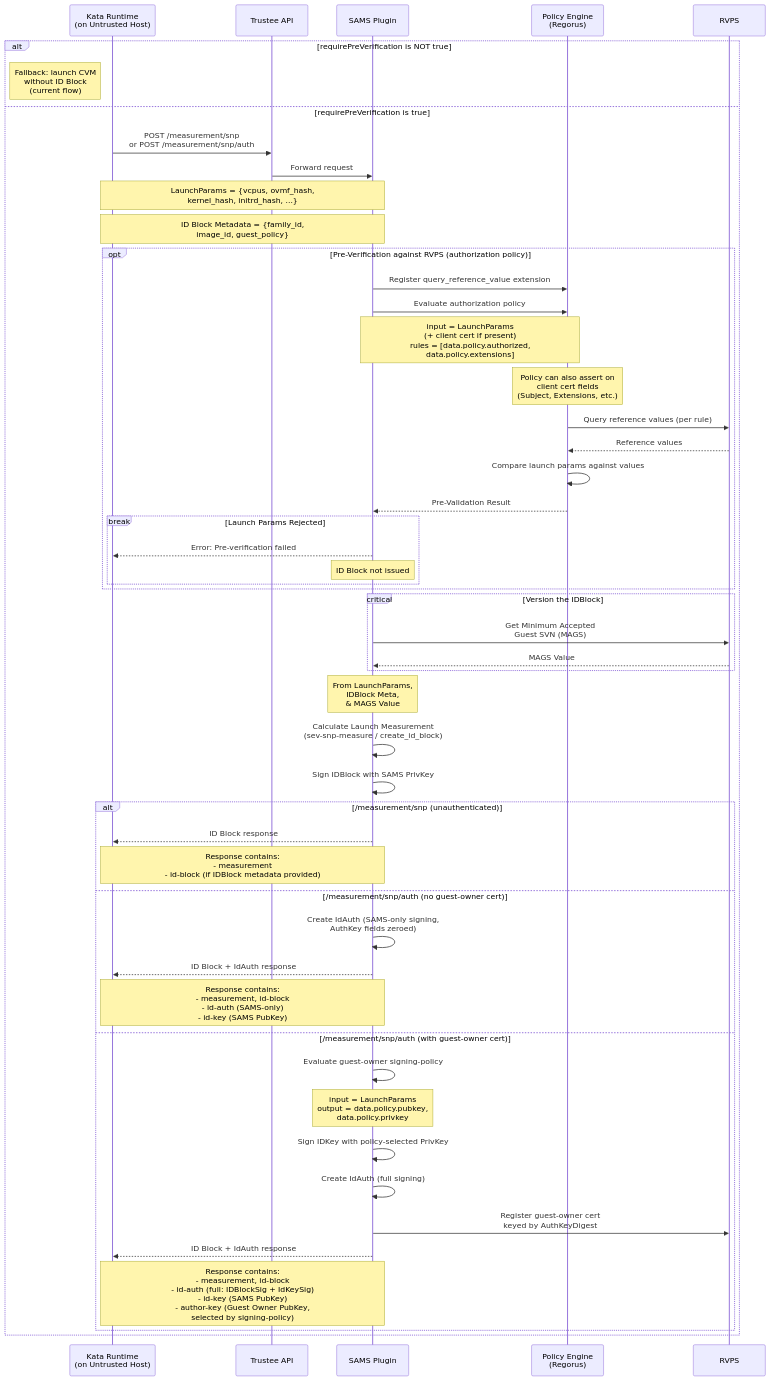
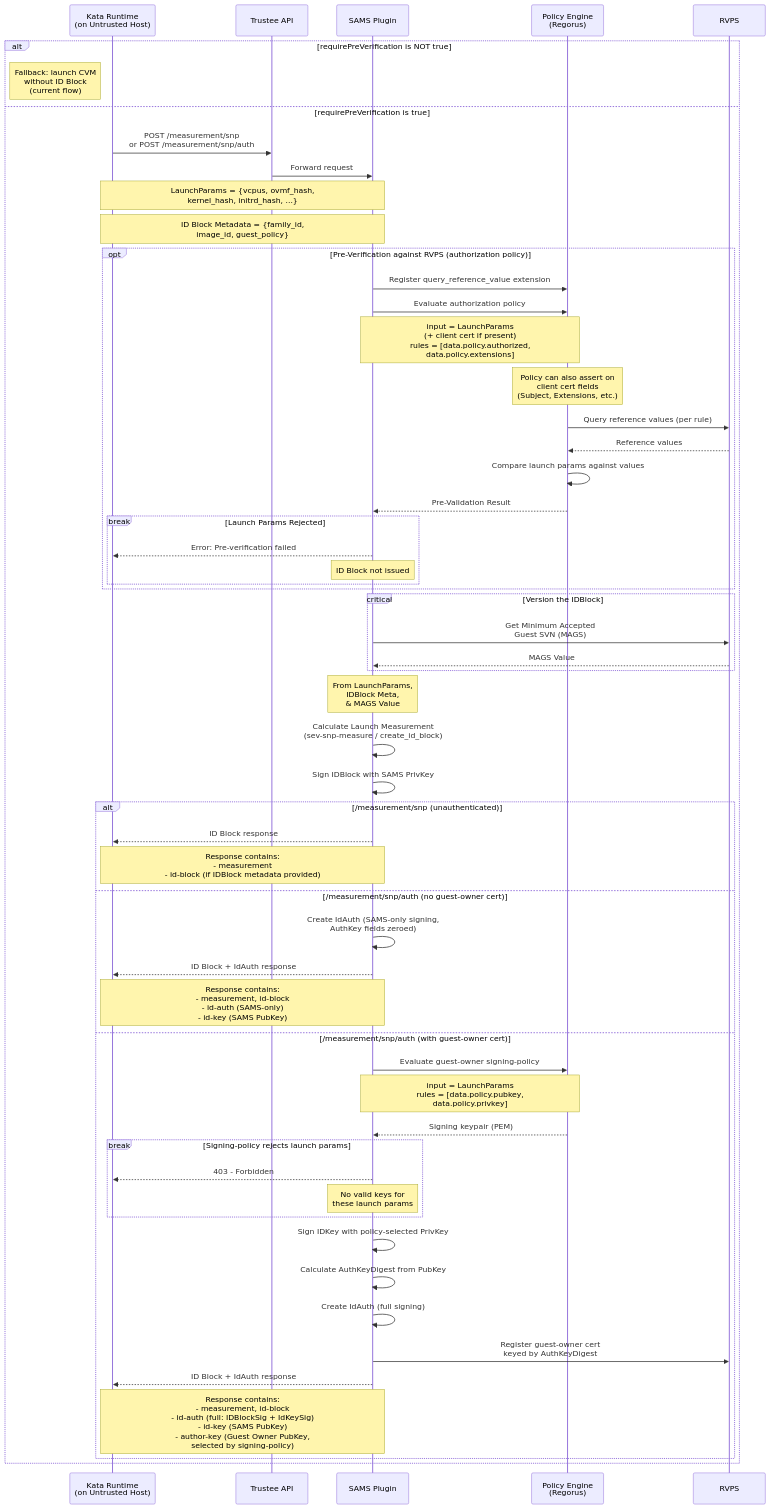
One commit to amd-cmaxwell/trustee changed the second of 6 diagrams in kbs/src/plugins/implementations/sams/README.md. Above: the diagram before and after it, drawn with Mermaid.

Commit message:
kbs: update SAMS sequence diagram for signing-policy flow
- Show signing-policy evaluation routing through the Policy Engine
- Add break for signing-policy rejection (403)
- Add AuthKeyDigest calculation step before RVPS registration

````diff
--- a/kbs/src/plugins/implementations/sams/README.md
+++ b/kbs/src/plugins/implementations/sams/README.md
@@ -229,58 +229,64 @@
 ```mermaid
 sequenceDiagram
     participant kata_runtime as Kata Runtime<br>(on Untrusted Host)
     participant api as Trustee API
     participant sams as SAMS Plugin
     participant policy_engine as Policy Engine<br>(Regorus)
     participant rvps as RVPS
 
     alt requirePreVerification is NOT true
         note left of kata_runtime: Fallback: launch CVM<br>without ID Block<br>(current flow)
     else requirePreVerification is true
         kata_runtime ->> api: POST /measurement/snp<br>or POST /measurement/snp/auth
         api ->> sams: Forward request
 
         note over kata_runtime, sams: LaunchParams = {vcpus, ovmf_hash,<br>kernel_hash, initrd_hash, ...}
         note over kata_runtime, sams: ID Block Metadata = {family_id,<br>image_id, guest_policy}
 
         opt Pre-Verification against RVPS (authorization policy)
             sams ->> policy_engine: Register query_reference_value extension
             sams ->> policy_engine: Evaluate authorization policy
             note over sams, policy_engine: input = LaunchParams<br>(+ client cert if present)<br>rules = [data.policy.authorized,<br>data.policy.extensions]
             note over policy_engine: Policy can also assert on<br>client cert fields<br>(Subject, Extensions, etc.)
             policy_engine ->> rvps: Query reference values (per rule)
             rvps -->> policy_engine: Reference values
             policy_engine ->> policy_engine: Compare launch params against values
             policy_engine -->> sams: Pre-Validation Result
             break Launch Params Rejected
                 sams -->> kata_runtime: Error: Pre-verification failed
                 note over sams: ID Block not issued
             end
         end
 
         critical Version the IDBlock
             sams ->> rvps: Get Minimum Accepted <br>Guest SVN (MAGS)
             rvps -->> sams: MAGS Value
         end
         note over sams: From LaunchParams,<br> IDBlock Meta,<br> & MAGS Value
         sams ->> sams: Calculate Launch Measurement<br>(sev-snp-measure / create_id_block)
         sams ->> sams: Sign IDBlock with SAMS PrivKey
 
         alt /measurement/snp (unauthenticated)
             sams -->> kata_runtime: ID Block response
             note over sams, kata_runtime: Response contains:<br>- measurement<br>- id-block (if IDBlock metadata provided)
         else /measurement/snp/auth (no guest-owner cert)
             sams ->> sams: Create IdAuth (SAMS-only signing,<br>AuthKey fields zeroed)
             sams -->> kata_runtime: ID Block + IdAuth response
             note over sams, kata_runtime: Response contains:<br>- measurement, id-block<br>- id-auth (SAMS-only)<br>- id-key (SAMS PubKey)
         else /measurement/snp/auth (with guest-owner cert)
-            sams ->> sams: Evaluate guest-owner signing-policy
-            note over sams: input = LaunchParams<br>output = data.policy.pubkey,<br>data.policy.privkey
+            sams ->> policy_engine: Evaluate guest-owner signing-policy
+            note over sams, policy_engine: input = LaunchParams<br>rules = [data.policy.pubkey,<br>data.policy.privkey]
+            policy_engine -->> sams: Signing keypair (PEM)
+            break Signing-policy rejects launch params
+                sams -->> kata_runtime: 403 - Forbidden
+                note over sams: No valid keys for<br>these launch params
+            end
             sams ->> sams: Sign IDKey with policy-selected PrivKey
+            sams ->> sams: Calculate AuthKeyDigest from PubKey
             sams ->> sams: Create IdAuth (full signing)
             sams ->> rvps: Register guest-owner cert<br>keyed by AuthKeyDigest
             sams -->> kata_runtime: ID Block + IdAuth response
             note over sams, kata_runtime: Response contains:<br>- measurement, id-block<br>- id-auth (full: IDBlockSig + IdKeySig)<br>- id-key (SAMS PubKey)<br>- author-key (Guest Owner PubKey,<br>  selected by signing-policy)
         end
     end
 ```
````
